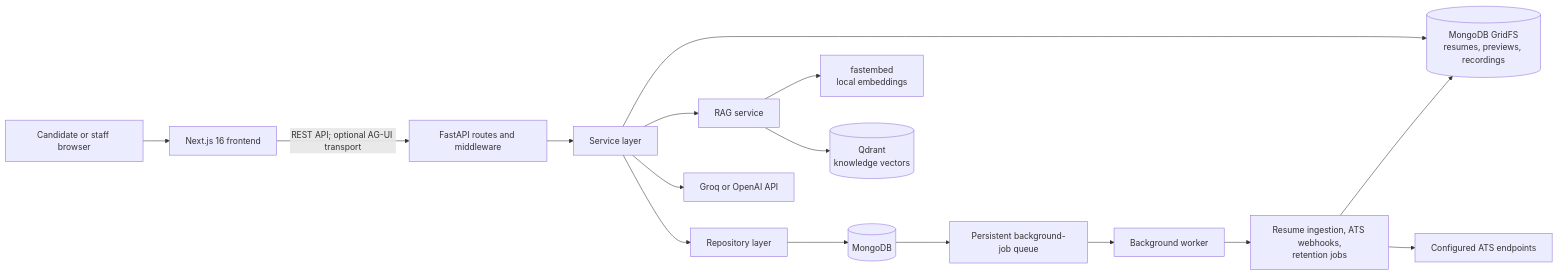
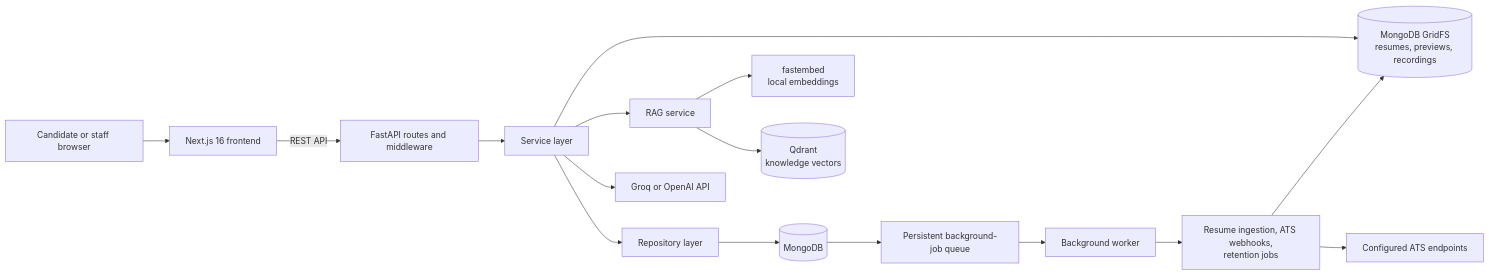
The diagram in README.md (pritamkumarbishwas/ai-interview-coach), drawn with Mermaid before and after one commit. The commit also changed 14 other files, not shown here.

````diff
--- a/README.md
+++ b/README.md
@@ -92,18 +92,18 @@
 ```mermaid
 flowchart LR
     Browser[Candidate or staff browser] --> Next[Next.js 16 frontend]
-    Next -->|REST API; optional AG-UI transport| API[FastAPI routes and middleware]
+    Next -->|REST API| API[FastAPI routes and middleware]
     API --> Services[Service layer]
     Services --> Repos[Repository layer]
     Repos --> Mongo[(MongoDB)]
     Services --> GridFS[(MongoDB GridFS<br/>resumes, previews, recordings)]
     Services --> RAG[RAG service]
     RAG --> Embed[fastembed<br/>local embeddings]
     RAG --> Qdrant[(Qdrant<br/>knowledge vectors)]
     Services --> LLM[Groq or OpenAI API]
     Mongo --> Queue[Persistent background-job queue]
     Queue --> Worker[Background worker]
     Worker --> Tasks[Resume ingestion, ATS webhooks,<br/>retention jobs]
     Tasks --> GridFS
     Tasks --> External[Configured ATS endpoints]
 ```
````
